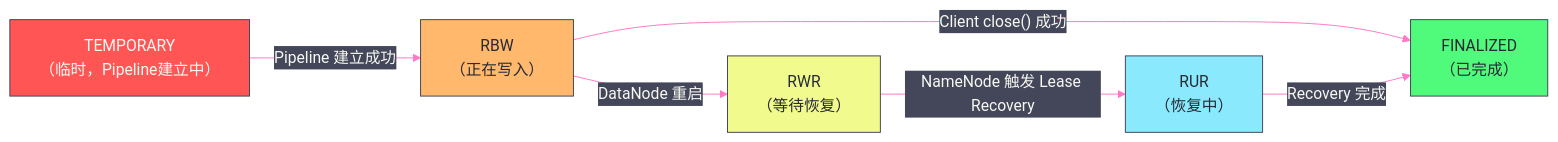
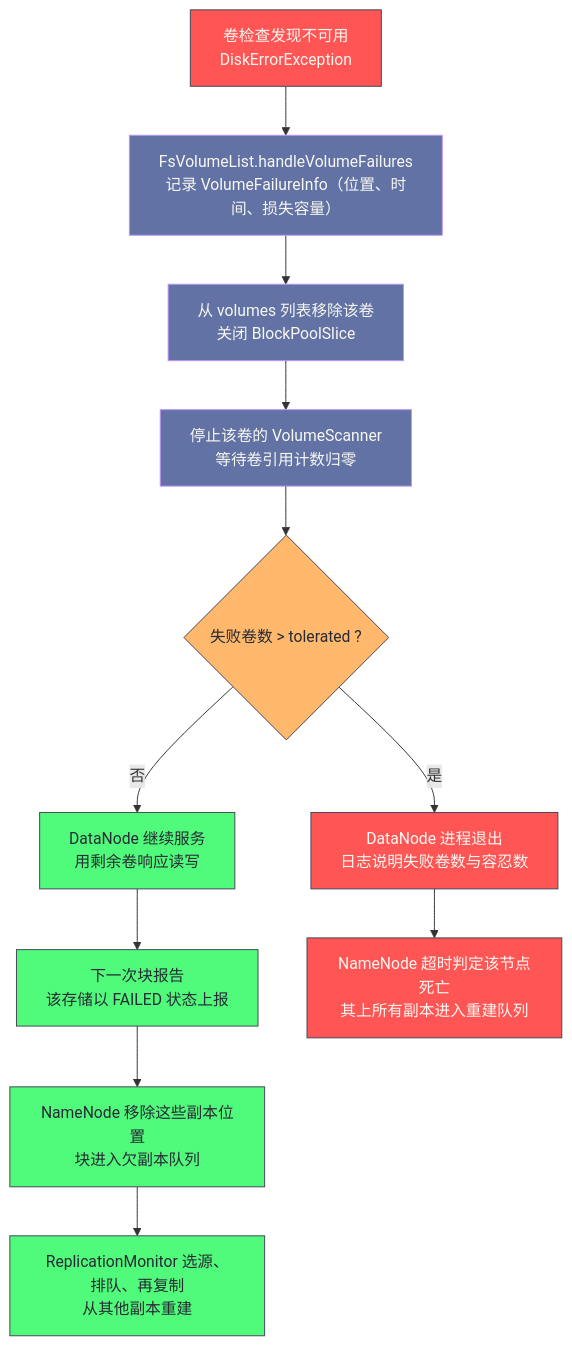
Before and after one commit to hpliStartAgain/my-brain: the fourth of 5 diagrams in content/大数据/Hadoop/HDFS/08 DataNode 存储引擎——FsDataset 与磁盘 IO 管理机制.md, drawn with Mermaid. The commit also changed other lines of this file and 455 other files, not shown here.

````diff
--- a/content/大数据/Hadoop/HDFS/08 DataNode 存储引擎——FsDataset 与磁盘 IO 管理机制.md
+++ b/content/大数据/Hadoop/HDFS/08 DataNode 存储引擎——FsDataset 与磁盘 IO 管理机制.md
@@ -64,27 +342,23 @@
 ```mermaid
-%%{init: {'theme': 'base', 'themeVariables': {'primaryColor': '#6272a4', 'primaryTextColor': '#f8f8f2', 'primaryBorderColor': '#bd93f9', 'lineColor': '#ff79c6', 'secondaryColor': '#44475a', 'tertiaryColor': '#282a36'}}}%%
-graph LR
-    TEMP["TEMPORARY</br>（临时，Pipeline建立中）"]
-    RBW["RBW</br>（正在写入）"]
-    RWR["RWR</br>（等待恢复）"]
-    RUR["RUR</br>（恢复中）"]
-    FIN["FINALIZED</br>（已完成）"]
-
-    TEMP -- "Pipeline 建立成功" --> RBW
-    RBW -- "Client close() 成功" --> FIN
-    RBW -- "DataNode 重启" --> RWR
-    RWR -- "NameNode 触发 Lease Recovery" --> RUR
-    RUR -- "Recovery 完成" --> FIN
-
-    classDef temp fill:#ff5555,stroke:#44475a,color:#f8f8f2
-    classDef rbw fill:#ffb86c,stroke:#44475a,color:#282a36
-    classDef rwr fill:#f1fa8c,stroke:#44475a,color:#282a36
-    classDef rur fill:#8be9fd,stroke:#44475a,color:#282a36
-    classDef fin fill:#50fa7b,stroke:#44475a,color:#282a36
-
-    class TEMP temp
-    class RBW rbw
-    class RWR rwr
-    class RUR rur
-    class FIN fin
+%%{init: {'theme': 'dracula'}}%%
+flowchart TD
+    A["卷检查发现不可用<br/>DiskErrorException"] --> B["FsVolumeList.handleVolumeFailures<br/>记录 VolumeFailureInfo（位置、时间、损失容量）"]
+    B --> C["从 volumes 列表移除该卷<br/>关闭 BlockPoolSlice"]
+    C --> D["停止该卷的 VolumeScanner<br/>等待卷引用计数归零"]
+    D --> E{"失败卷数 &gt; tolerated ?"}
+    E -- "是" --> F["DataNode 进程退出<br/>日志说明失败卷数与容忍数"]
+    E -- "否" --> G["DataNode 继续服务<br/>用剩余卷响应读写"]
+    G --> H["下一次块报告<br/>该存储以 FAILED 状态上报"]
+    H --> I["NameNode 移除这些副本位置<br/>块进入欠副本队列"]
+    I --> J["ReplicationMonitor 选源、排队、再复制<br/>从其他副本重建"]
+    F --> K["NameNode 超时判定该节点死亡<br/>其上所有副本进入重建队列"]
+    classDef bad fill:#ff5555,stroke:#44475a,color:#f8f8f2
+    classDef step fill:#6272a4,stroke:#bd93f9,color:#f8f8f2
+    classDef ok fill:#50fa7b,stroke:#44475a,color:#282a36
+    classDef warn fill:#ffb86c,stroke:#44475a,color:#282a36
+    class A bad
+    class B,C,D step
+    class E warn
+    class F,K bad
+    class G,H,I,J ok
 ```
````
